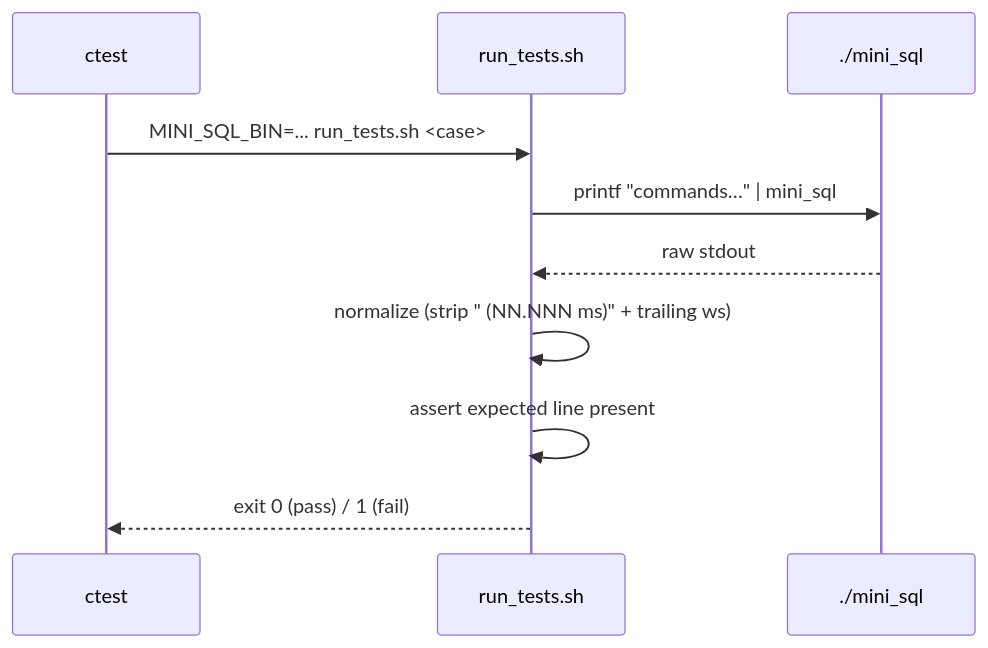
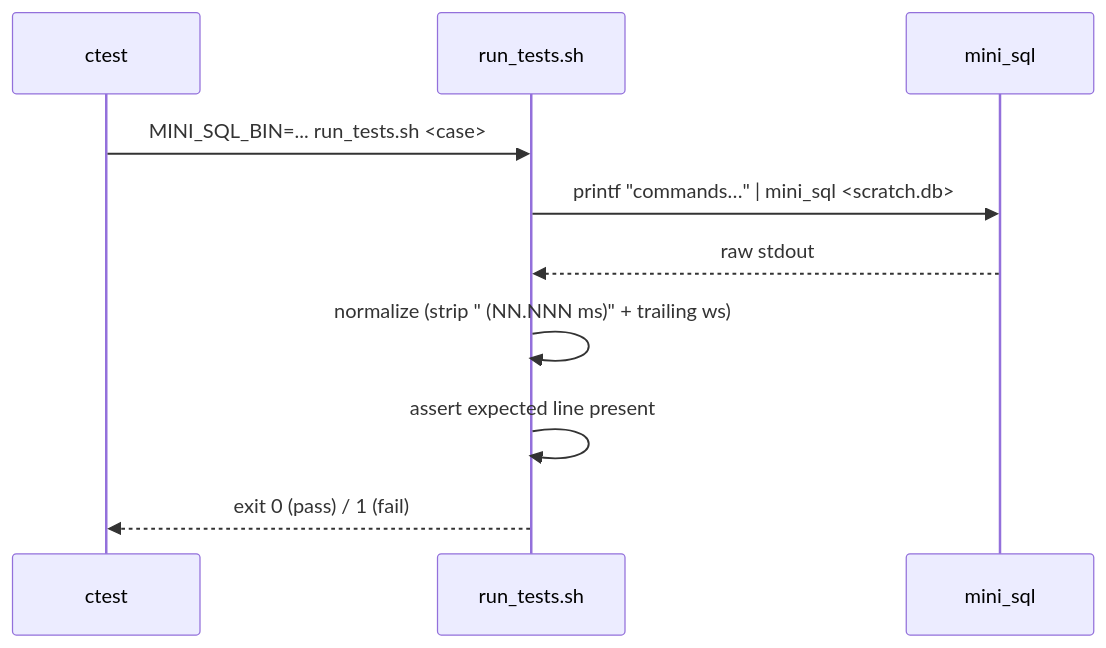
Diagram 13 of 14 in README.md (Rohitangshu2026/mini-sql), drawn with Mermaid before and after one commit. The commit also changed other lines of this file, not shown here.

````diff
--- a/README.md
+++ b/README.md
@@ -537,13 +572,13 @@
 ```mermaid
 sequenceDiagram
     participant CT as ctest
     participant SH as run_tests.sh
-    participant DB as ./mini_sql
+    participant DB as mini_sql
 
     CT->>SH: MINI_SQL_BIN=... run_tests.sh <case>
-    SH->>DB: printf "commands…" | mini_sql
+    SH->>DB: printf "commands…" | mini_sql <scratch.db>
     DB-->>SH: raw stdout
     SH->>SH: normalize (strip " (NN.NNN ms)" + trailing ws)
     SH->>SH: assert expected line present
     SH-->>CT: exit 0 (pass) / 1 (fail)
 ```
````
